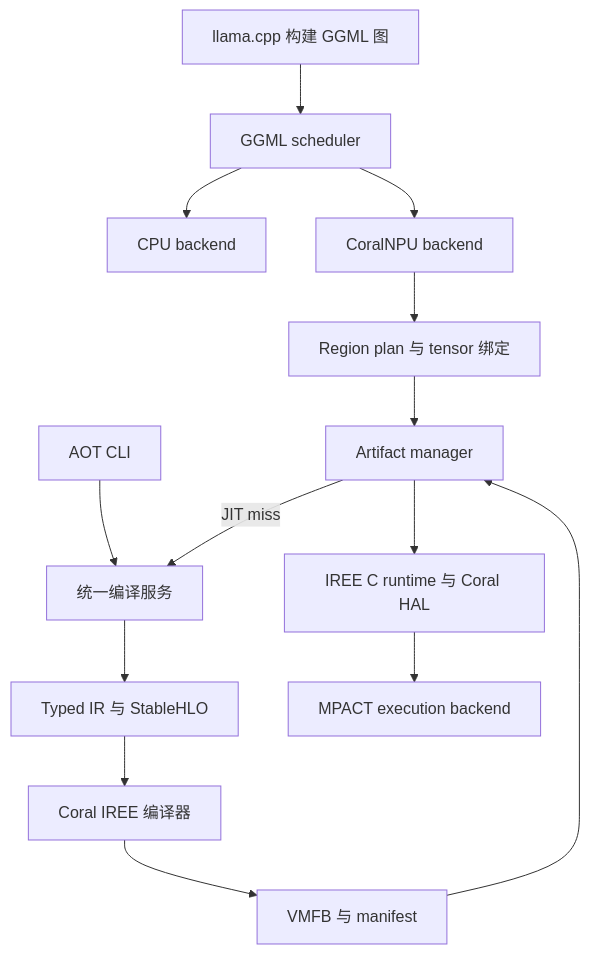
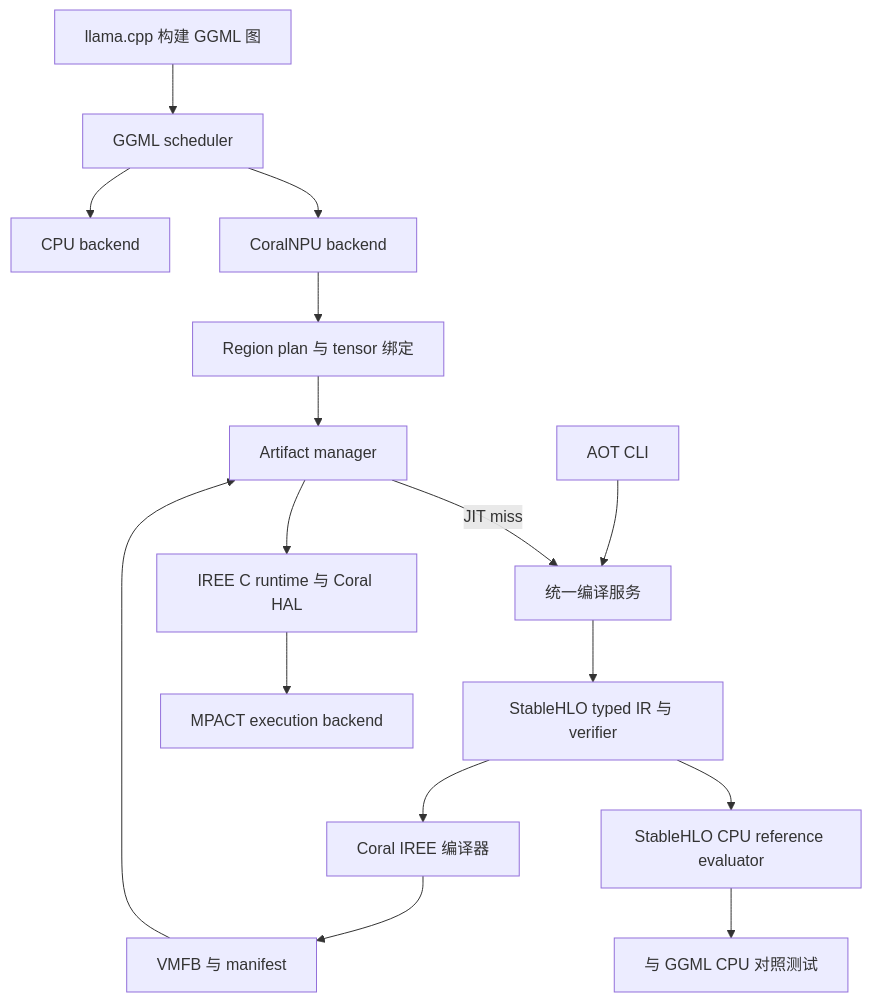
One commit to SidekickLx/llama.cpp-coralnpu changed the diagram in docs/project-plan.md. Above: the diagram before and after it, drawn with Mermaid. The commit also changed other lines of this file and 4 other files, not shown here.

Commit message:
Define M3 FFN interfaces and StableHLO semantic contract

````diff
--- a/docs/project-plan.md
+++ b/docs/project-plan.md
@@ -62,16 +62,18 @@
 ```mermaid
 flowchart TD
     A["llama.cpp 构建 GGML 图"] --> B["GGML scheduler"]
     B --> C["CPU backend"]
     B --> D["CoralNPU backend"]
     D --> E["Region plan 与 tensor 绑定"]
     E --> F["Artifact manager"]
     G["AOT CLI"] --> H["统一编译服务"]
     F -->|JIT miss| H
-    H --> I["Typed IR 与 StableHLO"]
+    H --> I["StableHLO typed IR 与 verifier"]
     I --> J["Coral IREE 编译器"]
     J --> K["VMFB 与 manifest"]
     K --> F
     F --> L["IREE C runtime 与 Coral HAL"]
     L --> M["MPACT execution backend"]
+    I --> R["StableHLO CPU reference evaluator"]
+    R --> T["与 GGML CPU 对照测试"]
 ```
````
